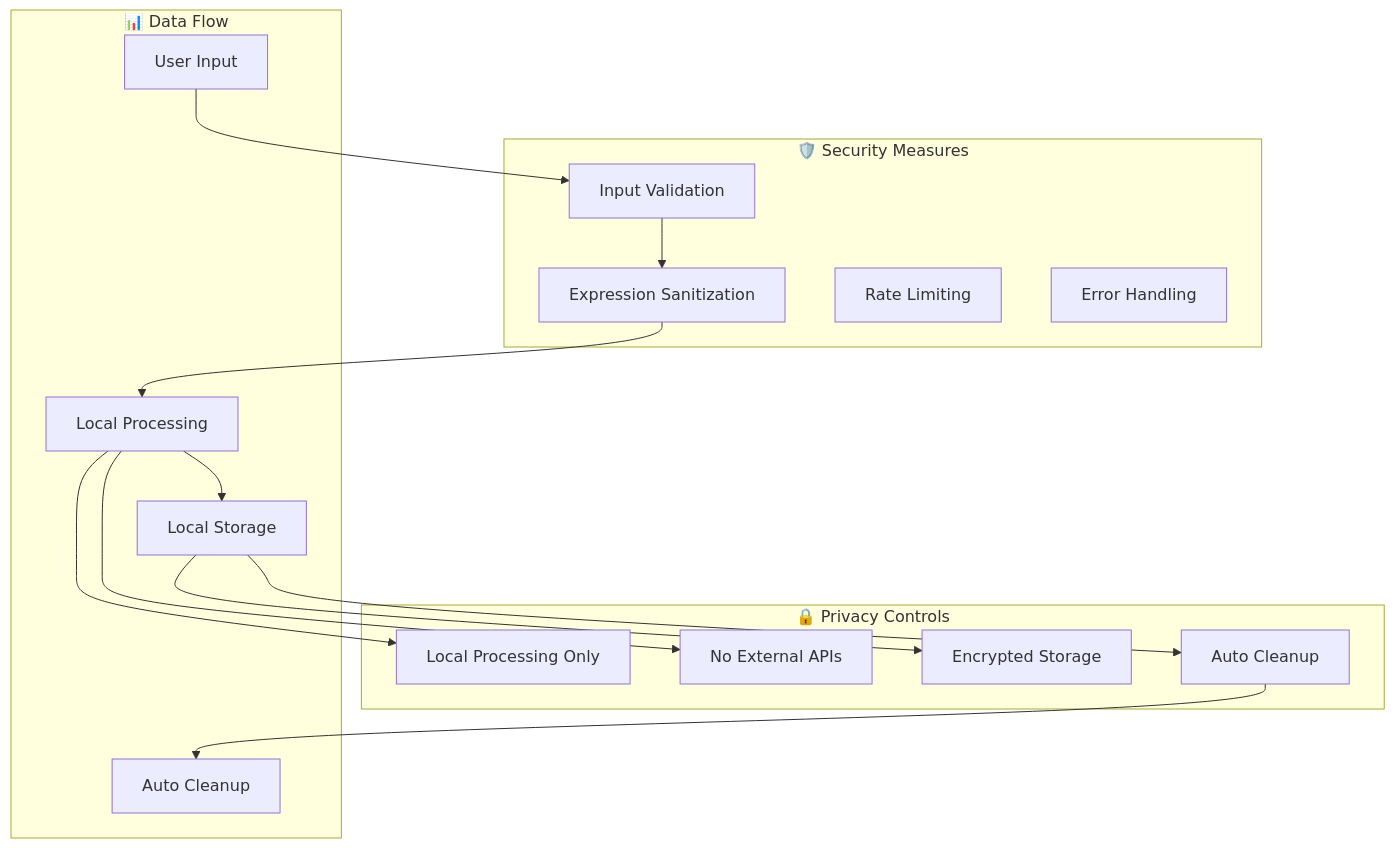
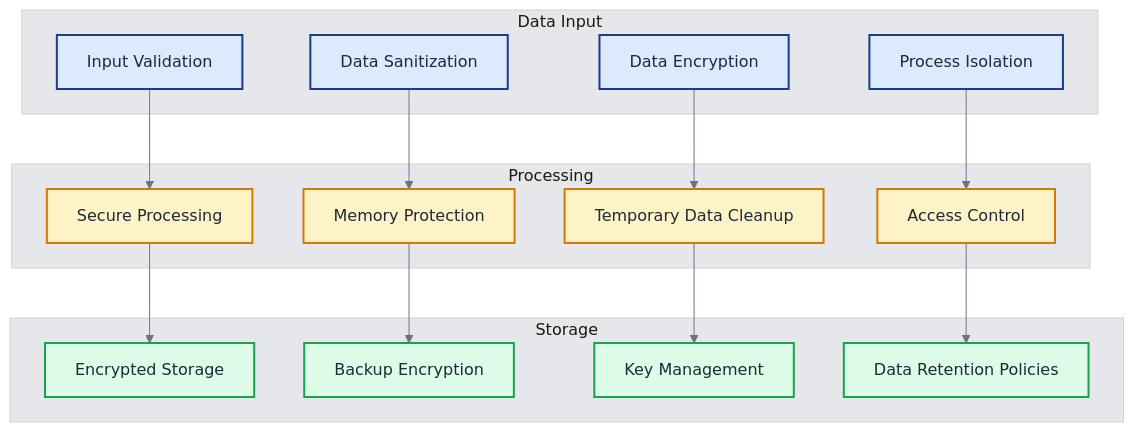
The fifth of 7 diagrams in docs/TECHNICAL_OVERVIEW.md (khaosans/basic-chat), drawn with Mermaid before and after one commit. The commit also changed other lines of this file and 10 other files, not shown here.

````diff
--- a/docs/TECHNICAL_OVERVIEW.md
+++ b/docs/TECHNICAL_OVERVIEW.md
@@ -229,35 +351,42 @@
 ```mermaid
+%%{init: {'theme': 'base', 'themeVariables': { 'fontSize': '16px', 'fontFamily': 'Arial, sans-serif', 'primaryColor': '#1e3a8a', 'primaryTextColor': '#1f2937', 'primaryBorderColor': '#374151', 'lineColor': '#6b7280', 'secondaryColor': '#f3f4f6', 'tertiaryColor': '#e5e7eb', 'edgeLabelBackground': '#f9fafb'}}}%%
 graph TB
-    subgraph "🔒 Privacy Controls"
-        LOCAL[Local Processing Only]
-        NO_EXTERNAL[No External APIs]
-        ENCRYPT[Encrypted Storage]
-        CLEANUP[Auto Cleanup]
+    subgraph "Data Input"
+        VALIDATION[Input Validation]
+        SANITIZATION[Data Sanitization]
+        ENCRYPTION[Data Encryption]
+        ISOLATION[Process Isolation]
     end
     
-    subgraph "🛡️ Security Measures"
-        VALIDATION[Input Validation]
-        SANITIZATION[Expression Sanitization]
-        RATE_LIMIT[Rate Limiting]
-        ERROR_HANDLING[Error Handling]
+    subgraph "Processing"
+        SECURE_PROCESSING[Secure Processing]
+        MEMORY_PROTECTION[Memory Protection]
+        TEMP_CLEANUP[Temporary Data Cleanup]
+        ACCESS_CONTROL[Access Control]
     end
     
-    subgraph "📊 Data Flow"
-        USER[User Input]
-        PROCESS[Local Processing]
-        STORE[Local Storage]
-        CLEAN[Auto Cleanup]
+    subgraph "Storage"
+        ENCRYPTED_STORAGE[Encrypted Storage]
+        BACKUP_ENCRYPTION[Backup Encryption]
+        KEY_MANAGEMENT[Key Management]
+        DATA_RETENTION[Data Retention Policies]
     end
     
-    USER --> VALIDATION
-    VALIDATION --> SANITIZATION
-    SANITIZATION --> PROCESS
+    VALIDATION --> SECURE_PROCESSING
+    SANITIZATION --> MEMORY_PROTECTION
+    ENCRYPTION --> TEMP_CLEANUP
+    ISOLATION --> ACCESS_CONTROL
     
-    PROCESS --> LOCAL
-    PROCESS --> NO_EXTERNAL
+    SECURE_PROCESSING --> ENCRYPTED_STORAGE
+    MEMORY_PROTECTION --> BACKUP_ENCRYPTION
+    TEMP_CLEANUP --> KEY_MANAGEMENT
+    ACCESS_CONTROL --> DATA_RETENTION
     
-    PROCESS --> STORE
-    STORE --> ENCRYPT
-    STORE --> CLEANUP
-    CLEANUP --> CLEAN
+    classDef input fill:#dbeafe,stroke:#1e3a8a,stroke-width:2px,color:#1f2937
+    classDef processing fill:#fef3c7,stroke:#d97706,stroke-width:2px,color:#1f2937
+    classDef storage fill:#dcfce7,stroke:#16a34a,stroke-width:2px,color:#1f2937
+    
+    class VALIDATION,SANITIZATION,ENCRYPTION,ISOLATION input
+    class SECURE_PROCESSING,MEMORY_PROTECTION,TEMP_CLEANUP,ACCESS_CONTROL processing
+    class ENCRYPTED_STORAGE,BACKUP_ENCRYPTION,KEY_MANAGEMENT,DATA_RETENTION storage
 ```
````
